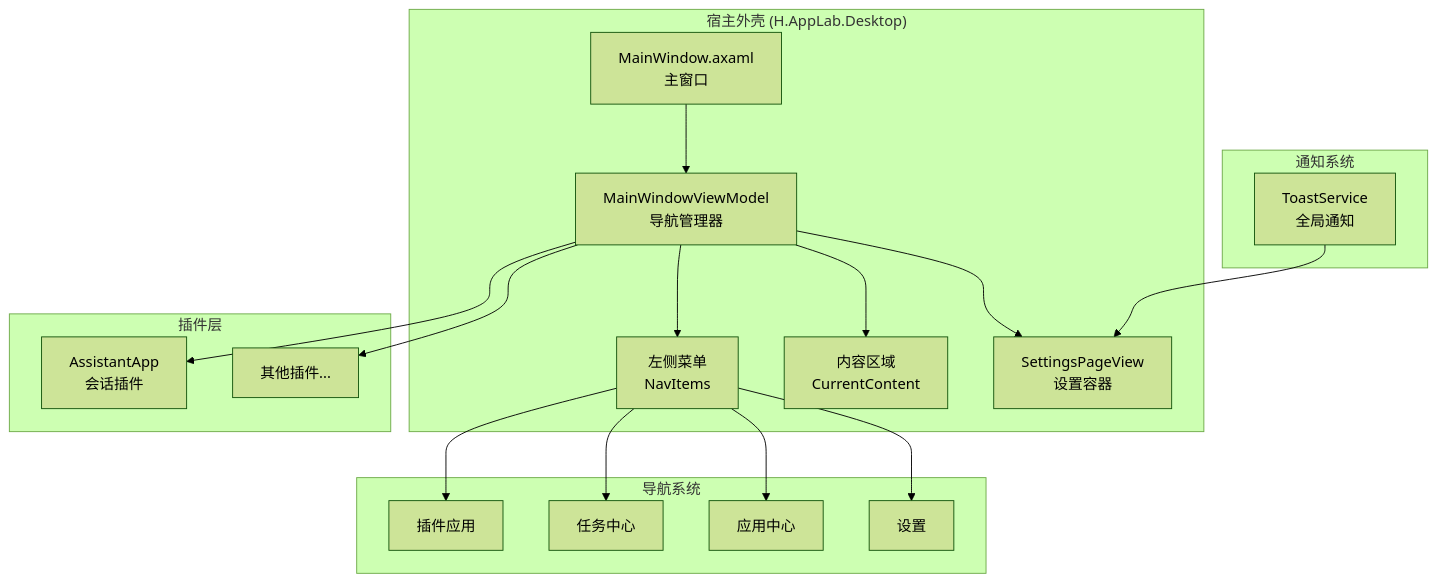
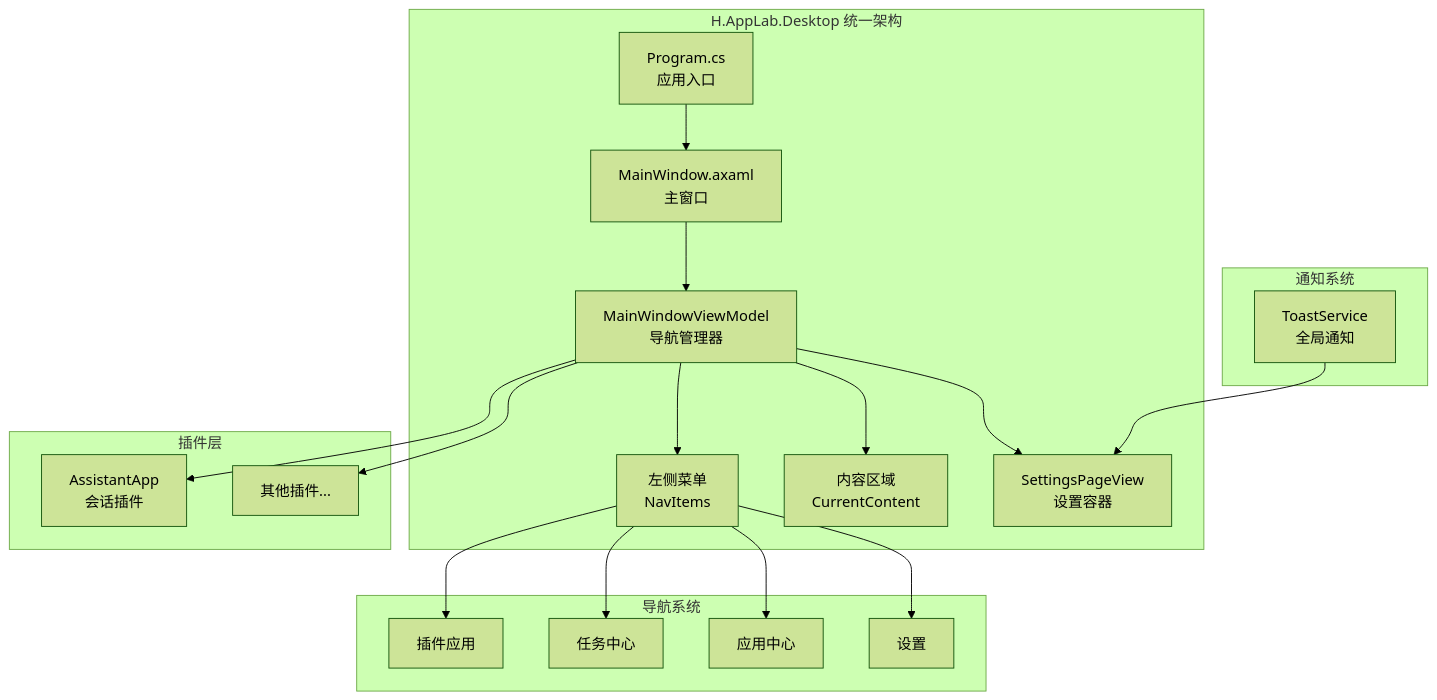
The second of 10 diagrams in .qoder/repowiki/zh/content/AI助手服务/桌面端应用/桌面端应用.md (openlowcodelab/lowcode), drawn with Mermaid (forest theme) before and after one commit. The commit also changed other lines of this file and 56 other files, not shown here.

````diff
--- a/.qoder/repowiki/zh/content/AI助手服务/桌面端应用/桌面端应用.md
+++ b/.qoder/repowiki/zh/content/AI助手服务/桌面端应用/桌面端应用.md
@@ -107,24 +113,25 @@
 ```mermaid
 graph TB
-subgraph "宿主外壳 (H.AppLab.Desktop)"
-MainWindow["MainWindow.axaml<br/>主窗口"] --> MainWindowVM["MainWindowViewModel<br/>导航管理器"]
+subgraph "H.AppLab.Desktop 统一架构"
+Program["Program.cs<br/>应用入口"] --> MainWindow["MainWindow.axaml<br/>主窗口"]
+MainWindow --> MainWindowVM["MainWindowViewModel<br/>导航管理器"]
 MainWindowVM --> LeftMenu["左侧菜单<br/>NavItems"]
 MainWindowVM --> ContentArea["内容区域<br/>CurrentContent"]
 MainWindowVM --> SettingsPage["SettingsPageView<br/>设置容器"]
 end
 subgraph "导航系统"
 LeftMenu --> Apps["插件应用"]
 LeftMenu --> Tasks["任务中心"]
 LeftMenu --> AppsCenter["应用中心"]
 LeftMenu --> Settings["设置"]
 end
 subgraph "通知系统"
 ToastService["ToastService<br/>全局通知"] --> SettingsPage
 end
 subgraph "插件层"
 Plugin1["AssistantApp<br/>会话插件"]
 Plugin2["其他插件..."]
 end
 MainWindowVM --> Plugin1
 MainWindowVM --> Plugin2
 ```
````
